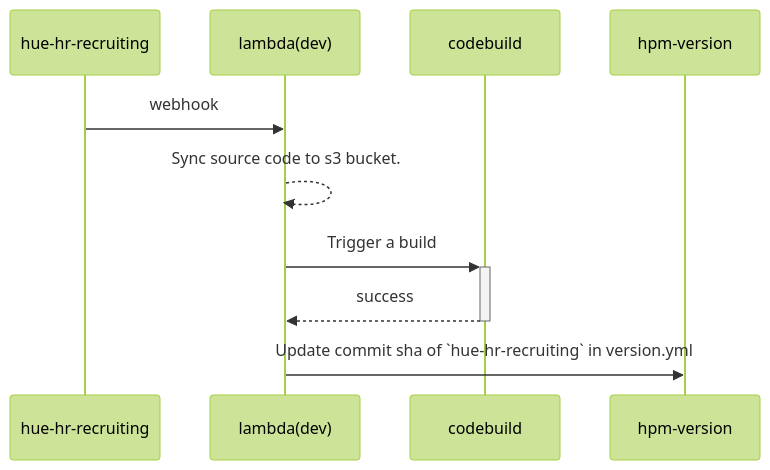
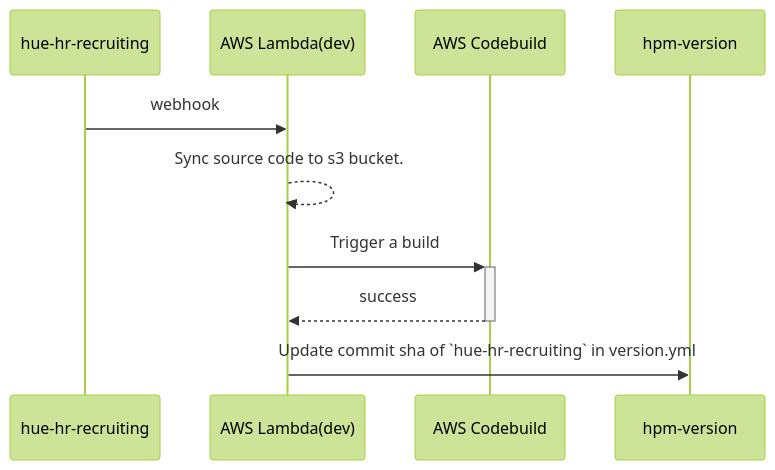
Before and after one commit to jinfang134/jinfang134.github.io: the third of 6 diagrams in source/_posts/mermaid图表.md, drawn with Mermaid (forest theme). The commit also changed other lines of this file, not shown here.

````diff
--- a/source/_posts/mermaid图表.md
+++ b/source/_posts/mermaid图表.md
@@ -66,9 +66,13 @@
 ```mermaid
 sequenceDiagram
-    hue-hr-recruiting->>lambda(dev): webhook
-    lambda(dev) -->>lambda(dev): Sync source code to s3 bucket.
-    lambda(dev) ->>+codebuild: Trigger a build
-    codebuild -->>-lambda(dev): success
-    lambda(dev) ->> hpm-version: Update commit sha of `hue-hr-recruiting` in version.yml
+    participant A as hue-hr-recruiting
+    participant B as AWS Lambda(dev)
+    participant C as AWS Codebuild
+    participant D as hpm-version
+    A->>B: webhook
+    B-->>B: Sync source code to s3 bucket.
+    B->>+C: Trigger a build
+    C-->>-B: success
+    B->>D: Update commit sha of `hue-hr-recruiting` in version.yml
    
 ```
````
